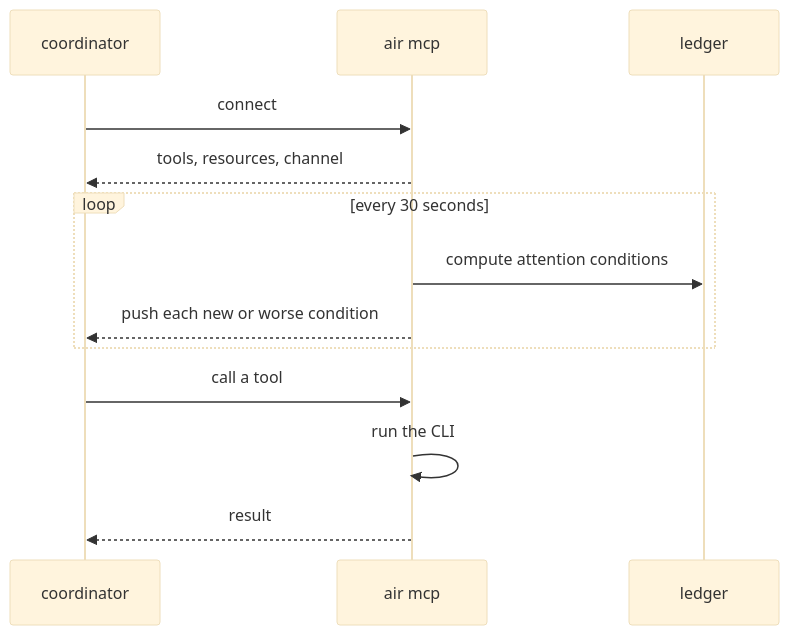
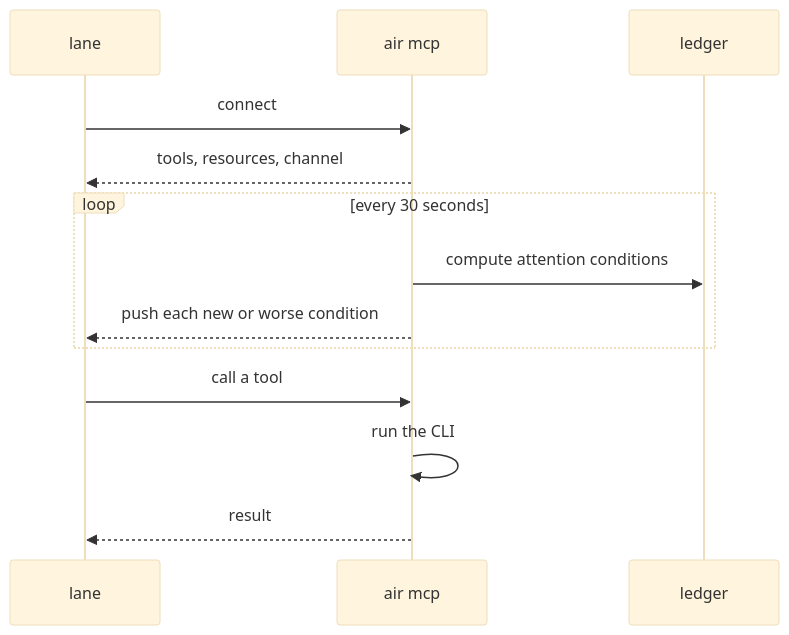
One commit to AJTJ/airunner changed the seventh of 8 diagrams in docs/design.md. Above: the diagram before and after it, drawn with Mermaid (base theme). The commit also changed other lines of this file and 10 other files, not shown here.

````diff
--- a/docs/design.md
+++ b/docs/design.md
@@ -431,15 +436,15 @@
 ```mermaid
 sequenceDiagram
-  participant C as coordinator
+  participant C as lane
   participant M as air mcp
   participant L as ledger
   C->>M: connect
   M-->>C: tools, resources, channel
   loop every 30 seconds
     M->>L: compute attention conditions
     M-->>C: push each new or worse condition
   end
   C->>M: call a tool
   M->>M: run the CLI
   M-->>C: result
 ```
````
